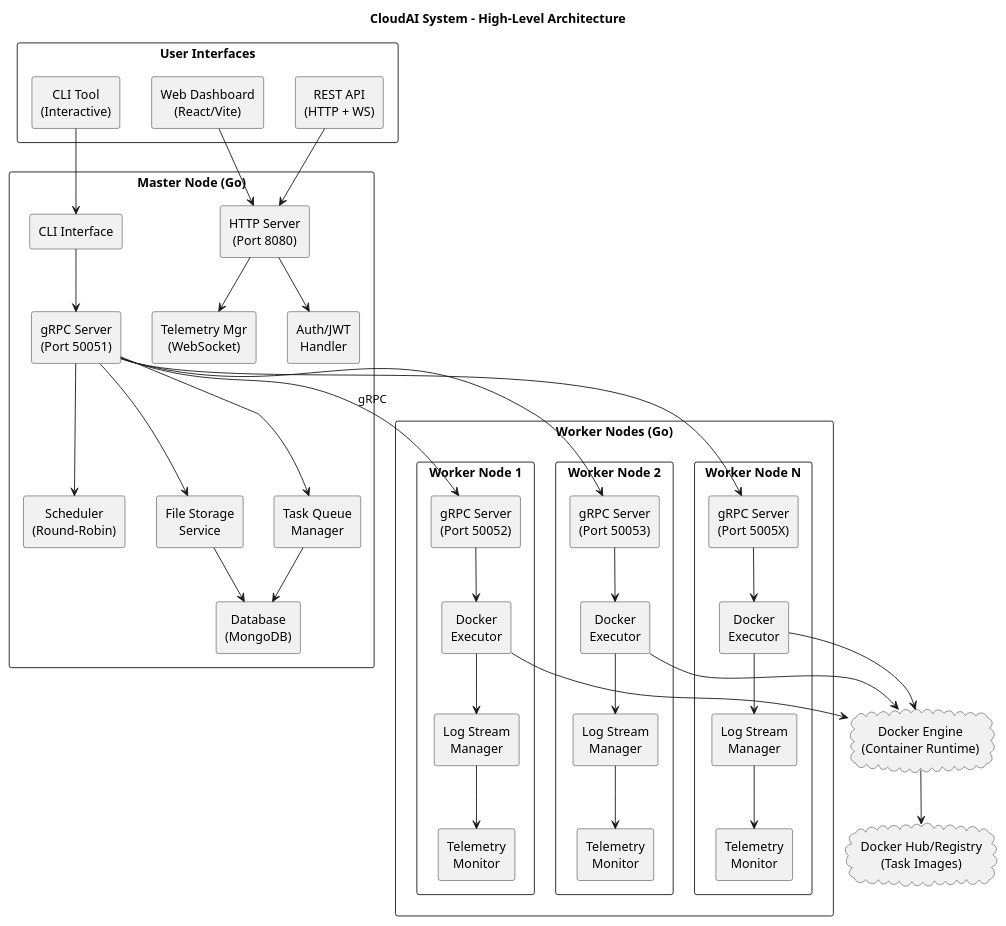
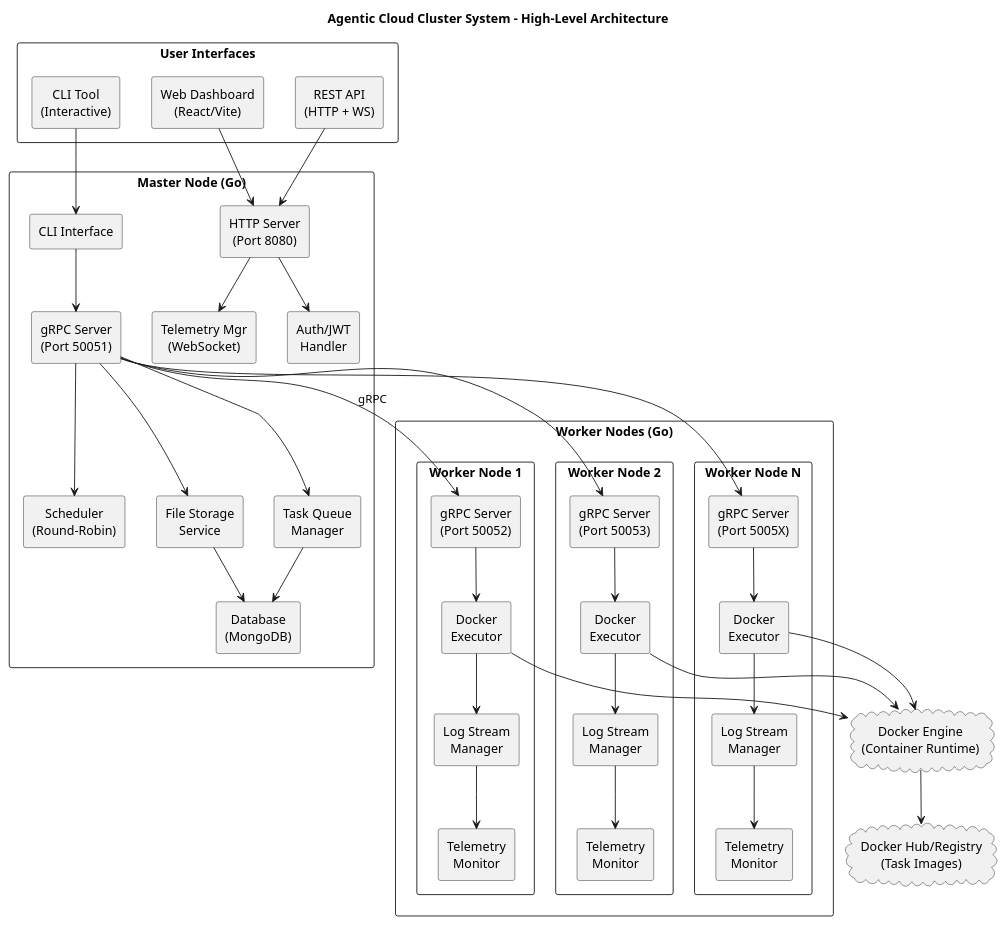
The diagram in docs/Diagrams/high-level-architecture.puml (Codesmith28/Agentic-Cloud-Cluster), drawn with PlantUML before and after one commit. The commit also changed 491 other files, not shown here.

Commit message:
chore: purge remaining CloudAI references and standardize on Agentic Cloud Cluster

```diff
--- a/docs/Diagrams/high-level-architecture.puml
+++ b/docs/Diagrams/high-level-architecture.puml
@@ -1,88 +1,88 @@
 @startuml high-level-architecture
 
 skinparam componentStyle rectangle
 skinparam defaultTextAlignment center
 
-title CloudAI System - High-Level Architecture
+title Agentic Cloud Cluster System - High-Level Architecture
 
 rectangle "User Interfaces" as UI {
     component "CLI Tool\n(Interactive)" as CLI
     component "Web Dashboard\n(React/Vite)" as WebUI
     component "REST API\n(HTTP + WS)" as RestAPI
 }
 
 rectangle "Master Node (Go)" as MasterBox {
     component "CLI Interface" as MasterCLI
     component "HTTP Server\n(Port 8080)" as HTTPServer
     component "Auth/JWT\nHandler" as Auth
     component "gRPC Server\n(Port 50051)" as gRPCServer
     component "Telemetry Mgr\n(WebSocket)" as TelemetryMgr
     component "Scheduler\n(Round-Robin)" as Scheduler
     component "File Storage\nService" as FileStorage
     component "Task Queue\nManager" as TaskQueue
     component "Database\n(MongoDB)" as DB
 }
 
 rectangle "Worker Nodes (Go)" as WorkerBox {
     rectangle "Worker Node 1" as W1 {
         component "gRPC Server\n(Port 50052)" as W1gRPC
         component "Docker\nExecutor" as W1Docker
         component "Log Stream\nManager" as W1Log
         component "Telemetry\nMonitor" as W1Tele
     }
     
     rectangle "Worker Node 2" as W2 {
         component "gRPC Server\n(Port 50053)" as W2gRPC
         component "Docker\nExecutor" as W2Docker
         component "Log Stream\nManager" as W2Log
         component "Telemetry\nMonitor" as W2Tele
     }
     
     rectangle "Worker Node N" as WN {
         component "gRPC Server\n(Port 5005X)" as WNgRPC
         component "Docker\nExecutor" as WNDocker
         component "Log Stream\nManager" as WNLog
         component "Telemetry\nMonitor" as WNTele
     }
 }
 
 cloud "Docker Engine\n(Container Runtime)" as DockerEngine
 
 cloud "Docker Hub/Registry\n(Task Images)" as DockerHub
 
 CLI --> MasterCLI
 WebUI --> HTTPServer
 RestAPI --> HTTPServer
 
 MasterCLI --> gRPCServer
 HTTPServer --> TelemetryMgr
 HTTPServer --> Auth
 gRPCServer --> Scheduler
 gRPCServer --> FileStorage
 gRPCServer --> TaskQueue
 TaskQueue --> DB
 FileStorage --> DB
 
 gRPCServer --> W1gRPC : "gRPC"
 gRPCServer --> W2gRPC
 gRPCServer --> WNgRPC
 
 W1gRPC --> W1Docker
 W1Docker --> W1Log
 W1Log --> W1Tele
 
 W2gRPC --> W2Docker
 W2Docker --> W2Log
 W2Log --> W2Tele
 
 WNgRPC --> WNDocker
 WNDocker --> WNLog
 WNLog --> WNTele
 
 W1Docker --> DockerEngine
 W2Docker --> DockerEngine
 WNDocker --> DockerEngine
 
 DockerEngine --> DockerHub
 
 @enduml
```
